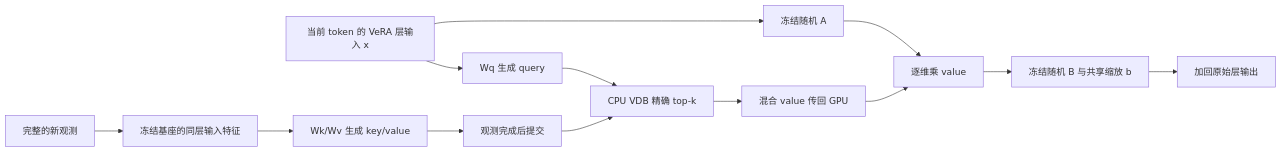
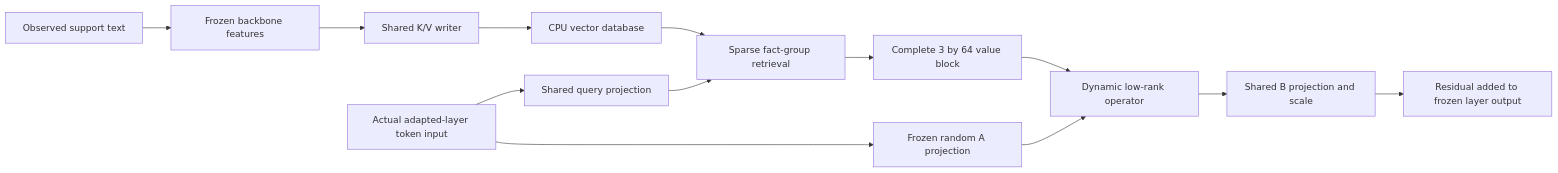
Before and after one commit to Concyclics/VeRA-Mem: the diagram in README.md, drawn with Mermaid. The commit also changed other lines of this file and 58 other files, not shown here.

````diff
--- a/README.md
+++ b/README.md
@@ -46,15 +39,15 @@
 ```mermaid
 flowchart LR
-  X[当前 token 的 VeRA 层输入 x] --> Q[Wq 生成 query]
-  Q --> S[CPU VDB 精确 top-k]
-  S --> V[混合 value 传回 GPU]
-  X --> A[冻结随机 A]
-  A --> M[逐维乘 value]
-  V --> M
-  M --> B[冻结随机 B 与共享缩放 b]
-  B --> Y[加回原始层输出]
-  O[完整的新观测] --> H[冻结基座的同层输入特征]
-  H --> KV[Wk/Wv 生成 key/value]
-  KV --> C[观测完成后提交]
-  C --> S
+    O[Observed support text] --> E[Frozen backbone features]
+    E --> W[Shared K/V writer]
+    W --> D[CPU vector database]
+    X[Actual adapted-layer token input] --> Q[Shared query projection]
+    Q --> R[Sparse fact-group retrieval]
+    D --> R
+    R --> V[Complete 3 by 64 value block]
+    V --> M[Dynamic low-rank operator]
+    X --> A[Frozen random A projection]
+    A --> M
+    M --> B[Shared B projection and scale]
+    B --> Y[Residual added to frozen layer output]
 ```
````
